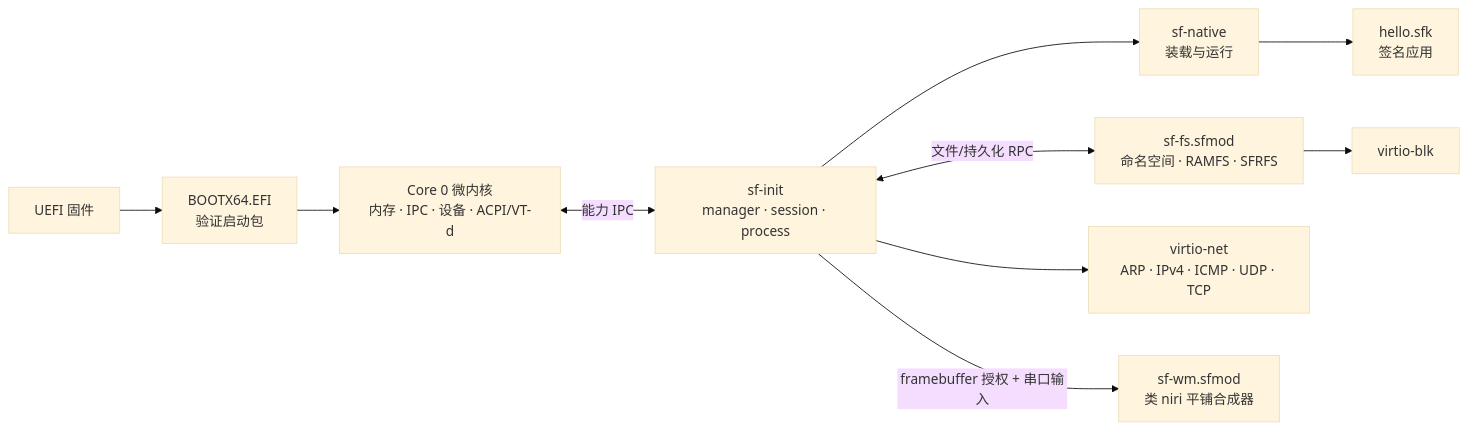
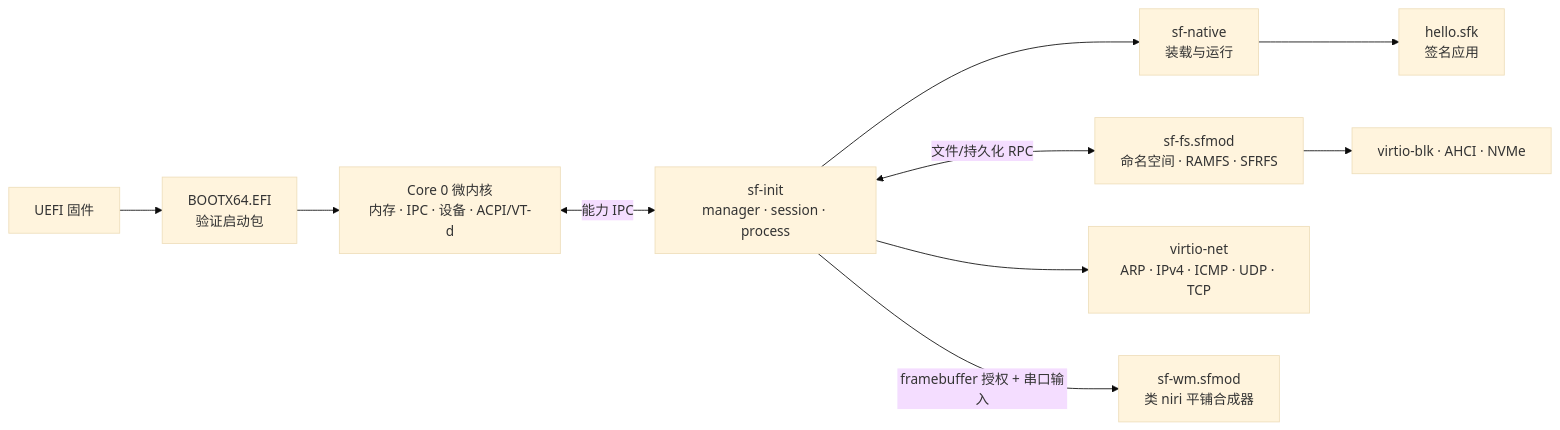
Before and after one commit to fwqfzqaz/SpiritFoxOS: the diagram in README.md, drawn with Mermaid (base theme). The commit also changed other lines of this file and 54 other files, not shown here.

````diff
--- a/README.md
+++ b/README.md
@@ -35,12 +35,12 @@
 ```mermaid
 flowchart LR
     FW[UEFI 固件] --> EFI[BOOTX64.EFI<br/>验证启动包]
     EFI --> CORE[Core 0 微内核<br/>内存 · IPC · 设备 · ACPI/VT-d]
     CORE <-->|能力 IPC| INIT[sf-init<br/>manager · session · process]
     INIT --> NATIVE[sf-native<br/>装载与运行]
     INIT <-->|文件/持久化 RPC| FS[sf-fs.sfmod<br/>命名空间 · RAMFS · SFRFS]
-    FS --> BLK[virtio-blk]
+    FS --> BLK[virtio-blk · AHCI · NVMe]
     INIT --> NET[virtio-net<br/>ARP · IPv4 · ICMP · UDP · TCP]
     INIT -->|framebuffer 授权 + 串口输入| WM[sf-wm.sfmod<br/>类 niri 平铺合成器]
     NATIVE --> APP[hello.sfk<br/>签名应用]
 ```
````
